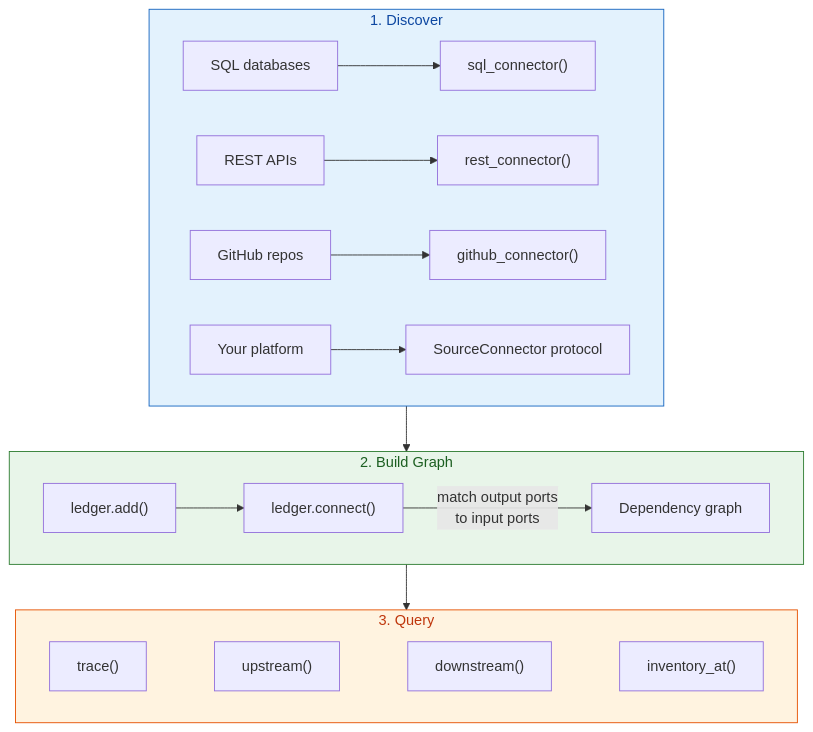
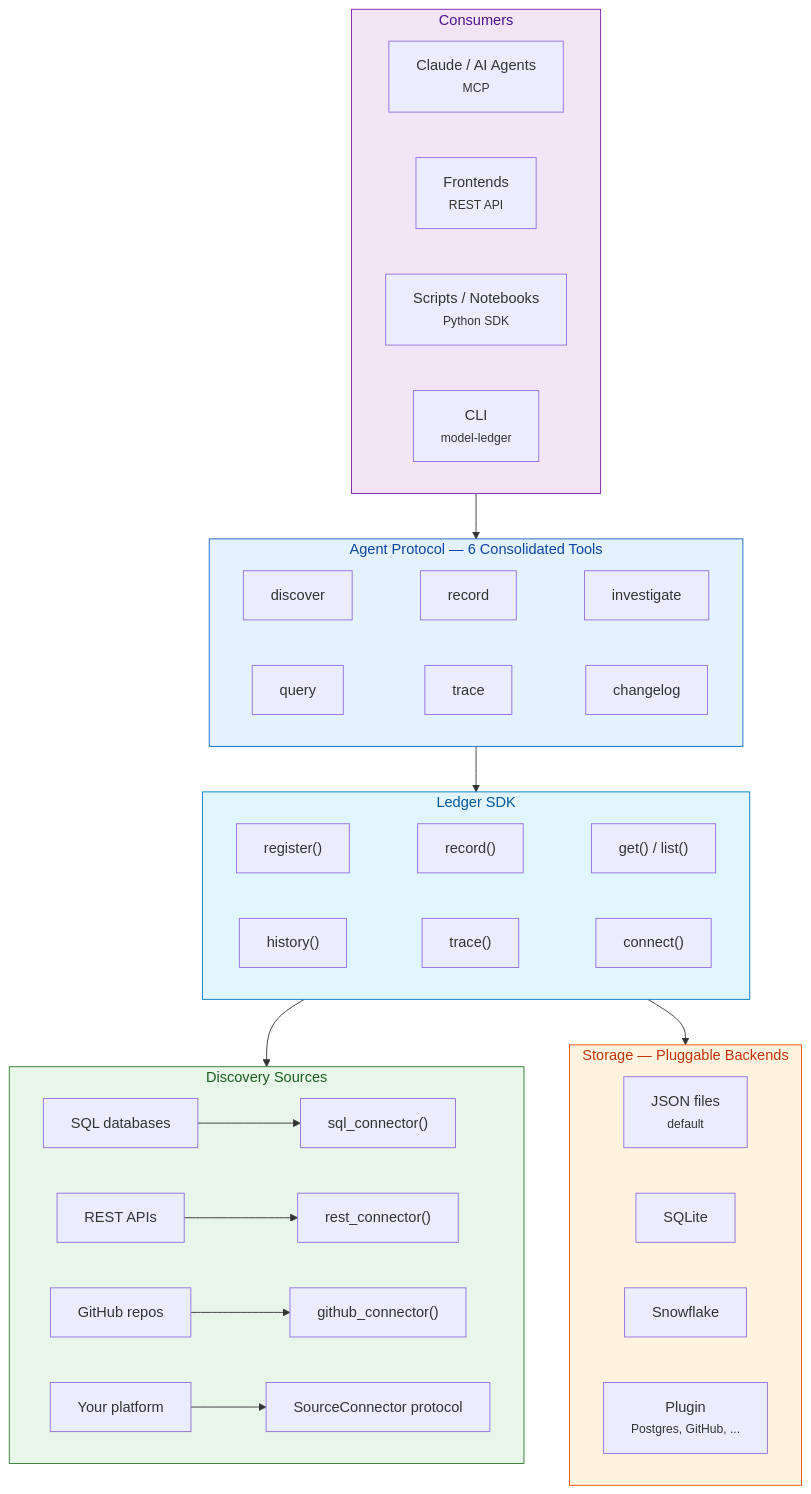
One commit to block/model-ledger changed the second of 2 diagrams in README.md. Above: the diagram before and after it, drawn with Mermaid. The commit also changed other lines of this file and 35 other files, not shown here.

First line of the commit message:
v0.6.0: Agent-first protocol — MCP server, REST API, 6 tools

````diff
--- a/README.md
+++ b/README.md
@@ -51,27 +70,49 @@
 ```mermaid
 graph TB
-    subgraph discover ["1. Discover"]
+    subgraph consumers ["Consumers"]
+        direction LR
+        AGENT["Claude / AI Agents<br/><small>MCP</small>"]
+        FRONT["Frontends<br/><small>REST API</small>"]
+        SCRIPT["Scripts / Notebooks<br/><small>Python SDK</small>"]
+        CLI_C["CLI<br/><small>model-ledger</small>"]
+    end
+
+    subgraph tools ["Agent Protocol — 6 Consolidated Tools"]
+        direction LR
+        DISC["discover"] ~~~ REC["record"] ~~~ INV["investigate"]
+        QRY["query"] ~~~ TRC["trace"] ~~~ CHG["changelog"]
+    end
+
+    subgraph sdk ["Ledger SDK"]
+        direction LR
+        REG["register()"] ~~~ RECD["record()"] ~~~ GET["get() / list()"]
+        HIST["history()"] ~~~ TRAC["trace()"] ~~~ CONN["connect()"]
+    end
+
+    subgraph discover ["Discovery Sources"]
         direction LR
         DB["SQL databases"] --> F["sql_connector()"]
         API["REST APIs"] --> G["rest_connector()"]
         GH["GitHub repos"] --> H["github_connector()"]
         CUSTOM["Your platform"] --> I["SourceConnector protocol"]
     end
 
-    subgraph ledger ["2. Build Graph"]
+    subgraph backends ["Storage — Pluggable Backends"]
         direction LR
-        ADD["ledger.add()"] --> CON["ledger.connect()"]
-        CON --> |"match output ports<br/>to input ports"| GRAPH["Dependency graph"]
+        JSON["JSON files<br/><small>default</small>"]
+        SQLITE["SQLite"]
+        SNOW["Snowflake"]
+        PLUG["Plugin<br/><small>Postgres, GitHub, ...</small>"]
     end
 
-    subgraph query ["3. Query"]
-        direction LR
-        TRACE["trace()"] ~~~ UP["upstream()"] ~~~ DOWN["downstream()"] ~~~ INV["inventory_at()"]
-    end
+    consumers --> tools
+    tools --> sdk
+    sdk --> discover
+    sdk --> backends
 
-    discover --> ledger --> query
-
-    style discover fill:#E3F2FD,stroke:#1565C0,color:#0D47A1
-    style ledger fill:#E8F5E9,stroke:#2E7D32,color:#1B5E20
-    style query fill:#FFF3E0,stroke:#E65100,color:#BF360C
+    style consumers fill:#F3E5F5,stroke:#7B1FA2,color:#4A148C
+    style tools fill:#E3F2FD,stroke:#1565C0,color:#0D47A1
+    style sdk fill:#E1F5FE,stroke:#0277BD,color:#01579B
+    style discover fill:#E8F5E9,stroke:#2E7D32,color:#1B5E20
+    style backends fill:#FFF3E0,stroke:#E65100,color:#BF360C
 ```
````
